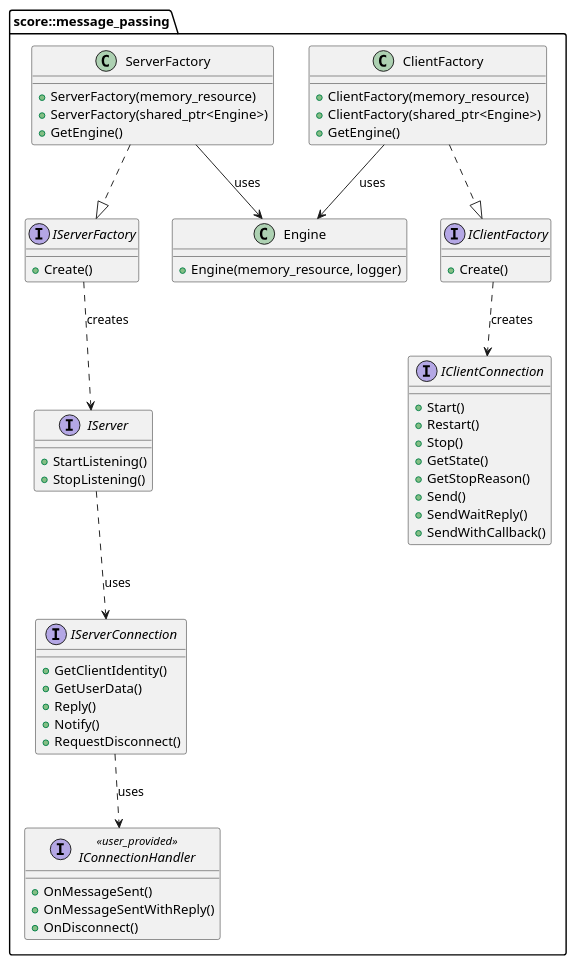
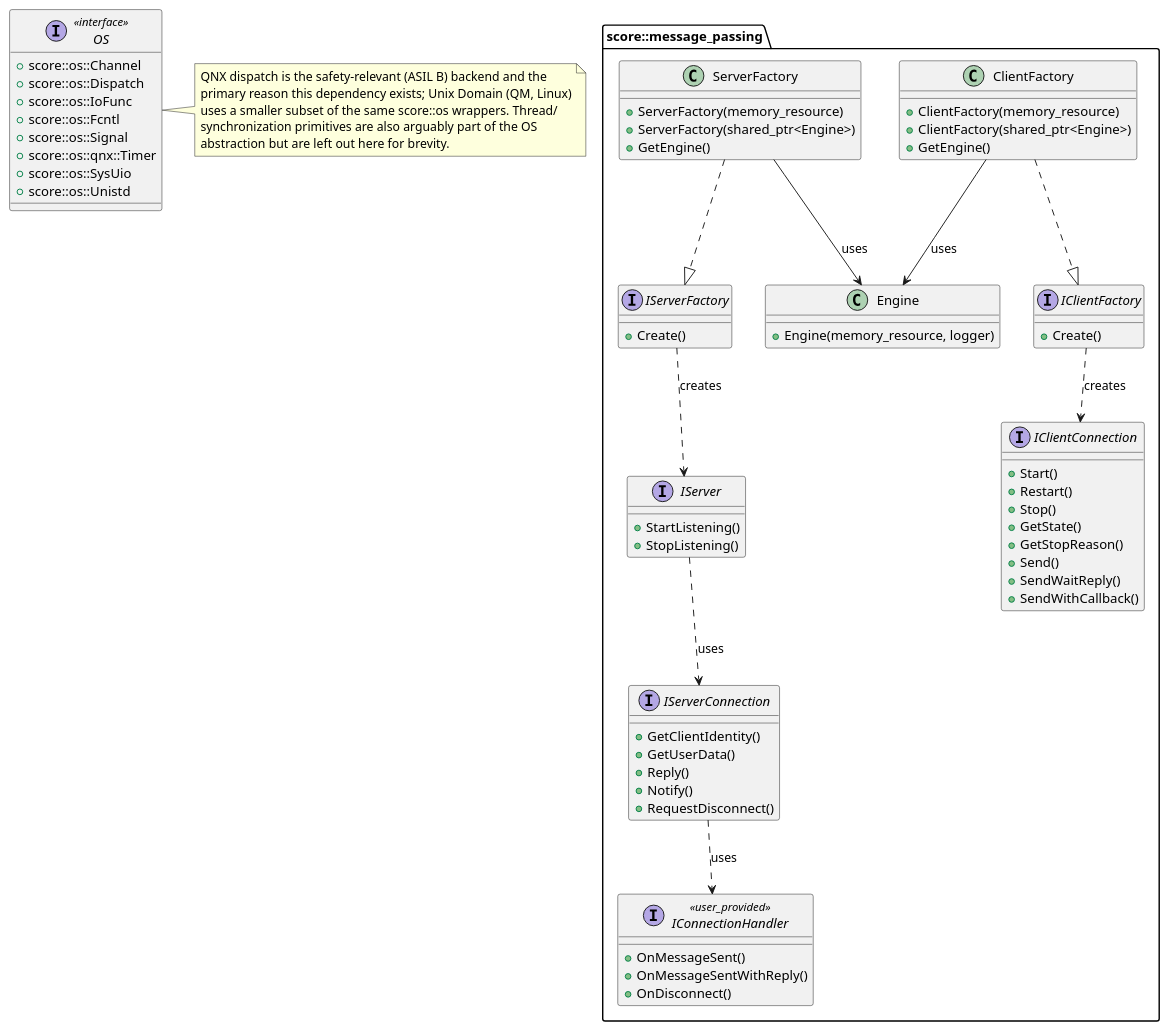
The diagram in score/message_passing/dependability/software_architectural_design/public_api.puml (eclipse-score/communication), drawn with PlantUML before and after one commit. The commit also changed 13 other files, not shown here.

Commit message:
message_passing: wire in architectural design

```diff
--- a/score/message_passing/dependability/software_architectural_design/public_api.puml
+++ b/score/message_passing/dependability/software_architectural_design/public_api.puml
@@ -14,70 +14,88 @@
 @startuml
+
+interface "OS" as os <<interface>> {
+  +score::os::Channel
+  +score::os::Dispatch
+  +score::os::IoFunc
+  +score::os::Fcntl
+  +score::os::Signal
+  +score::os::qnx::Timer
+  +score::os::SysUio
+  +score::os::Unistd
+}
+note right of os
+  QNX dispatch is the safety-relevant (ASIL B) backend and the
+  primary reason this dependency exists; Unix Domain (QM, Linux)
+  uses a smaller subset of the same score::os wrappers. Thread/
+  synchronization primitives are also arguably part of the OS
+  abstraction but are left out here for brevity.
+end note
 
 namespace score::message_passing {
 
     class Engine {
         +Engine(memory_resource, logger)
     }
 
     interface IClientFactory {
         +Create()
     }
 
     class ClientFactory {
         +ClientFactory(memory_resource)
         +ClientFactory(shared_ptr<Engine>)
         +GetEngine()
     }
 
     interface IClientConnection {
         +Start()
         +Restart()
         +Stop()
         +GetState()
         +GetStopReason()
         +Send()
         +SendWaitReply()
         +SendWithCallback()
     }
 
     interface IServerFactory {
         +Create()
     }
 
     class ServerFactory {
         +ServerFactory(memory_resource)
         +ServerFactory(shared_ptr<Engine>)
         +GetEngine()
     }
 
     interface IServer {
         +StartListening()
         +StopListening()
     }
 
     interface IServerConnection {
         +GetClientIdentity()
         +GetUserData()
         +Reply()
         +Notify()
         +RequestDisconnect()
     }
 
     interface IConnectionHandler <<user_provided>> {
         +OnMessageSent()
         +OnMessageSentWithReply()
         +OnDisconnect()
     }
 
     IClientFactory ..> IClientConnection : creates
     IServerFactory ..> IServer : creates
     IServer ..> IServerConnection : uses
     IServerConnection ..> IConnectionHandler : uses
     ClientFactory ..|> IClientFactory
     ServerFactory ..|> IServerFactory
     ClientFactory --> Engine : uses
     ServerFactory --> Engine : uses
 
 }
 
 @enduml
```
